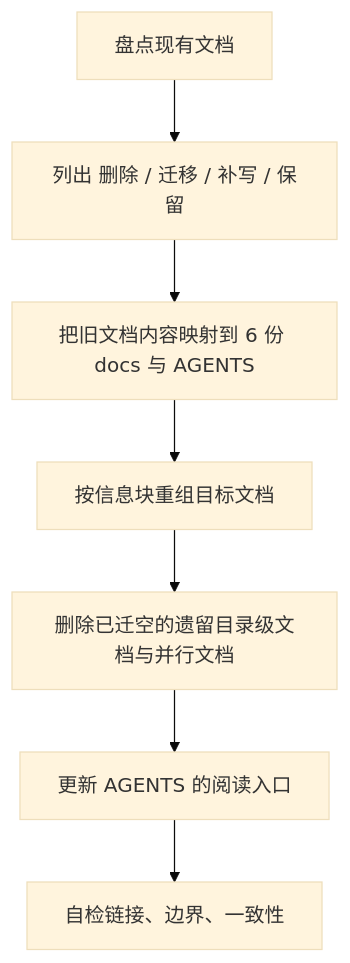
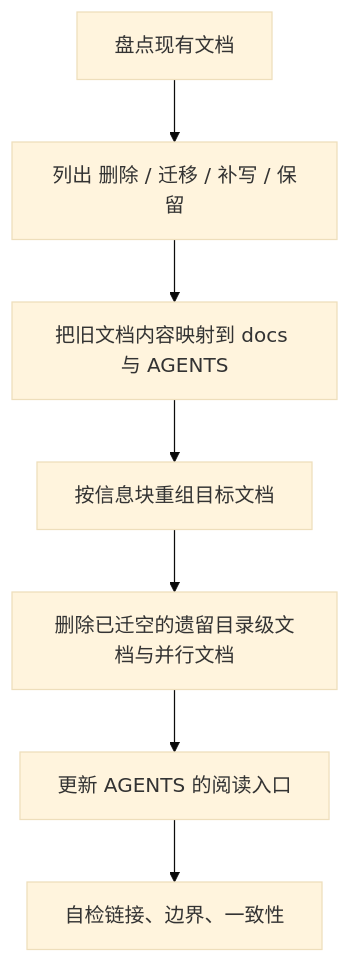
Before and after one commit to neavo/LinguaGacha: the diagram in .codex/skills/project-docs/SKILL.md, drawn with Mermaid (base theme). The commit also changed other lines of this file and 53 other files, not shown here.

````diff
--- a/.codex/skills/project-docs/SKILL.md
+++ b/.codex/skills/project-docs/SKILL.md
@@ -95,9 +93,9 @@
 ```mermaid
 flowchart TD
     A["盘点现有文档"] --> B["列出 删除 / 迁移 / 补写 / 保留"]
-    B --> C["把旧文档内容映射到 6 份 docs 与 AGENTS"]
+    B --> C["把旧文档内容映射到 docs 与 AGENTS"]
     C --> D["按信息块重组目标文档"]
     D --> E["删除已迁空的遗留目录级文档与并行文档"]
     E --> F["更新 AGENTS 的阅读入口"]
     F --> G["自检链接、边界、一致性"]
 ```
````
